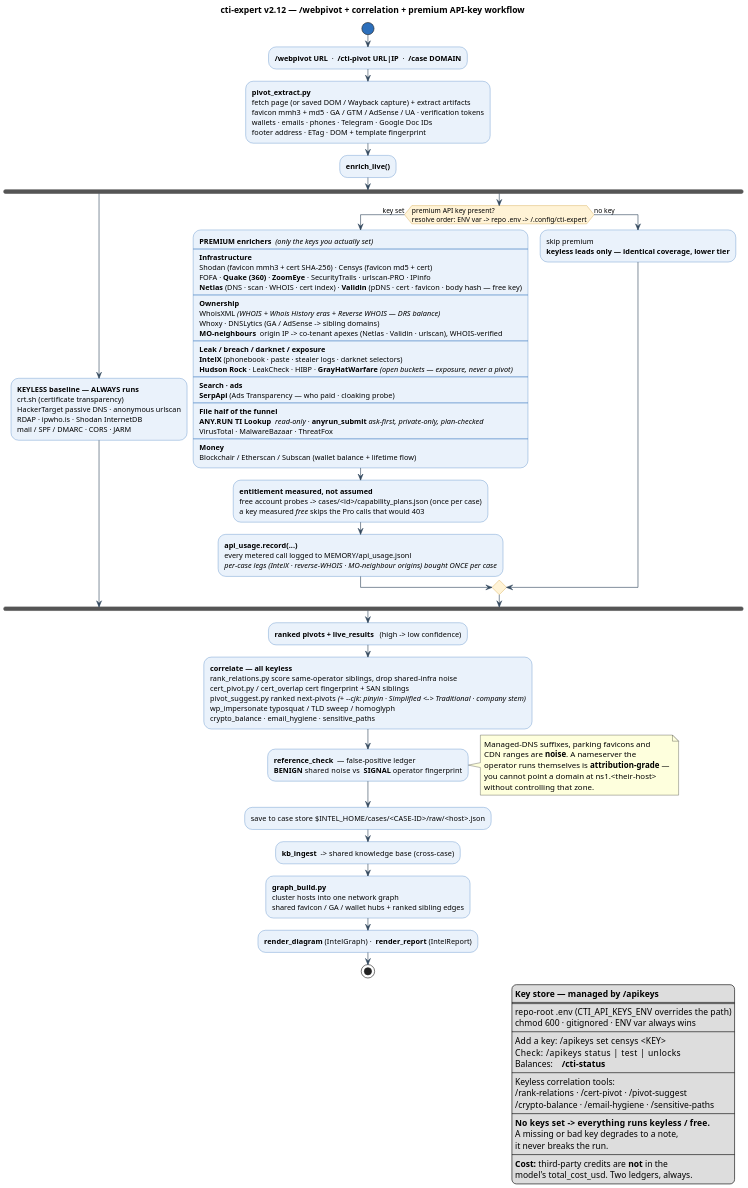
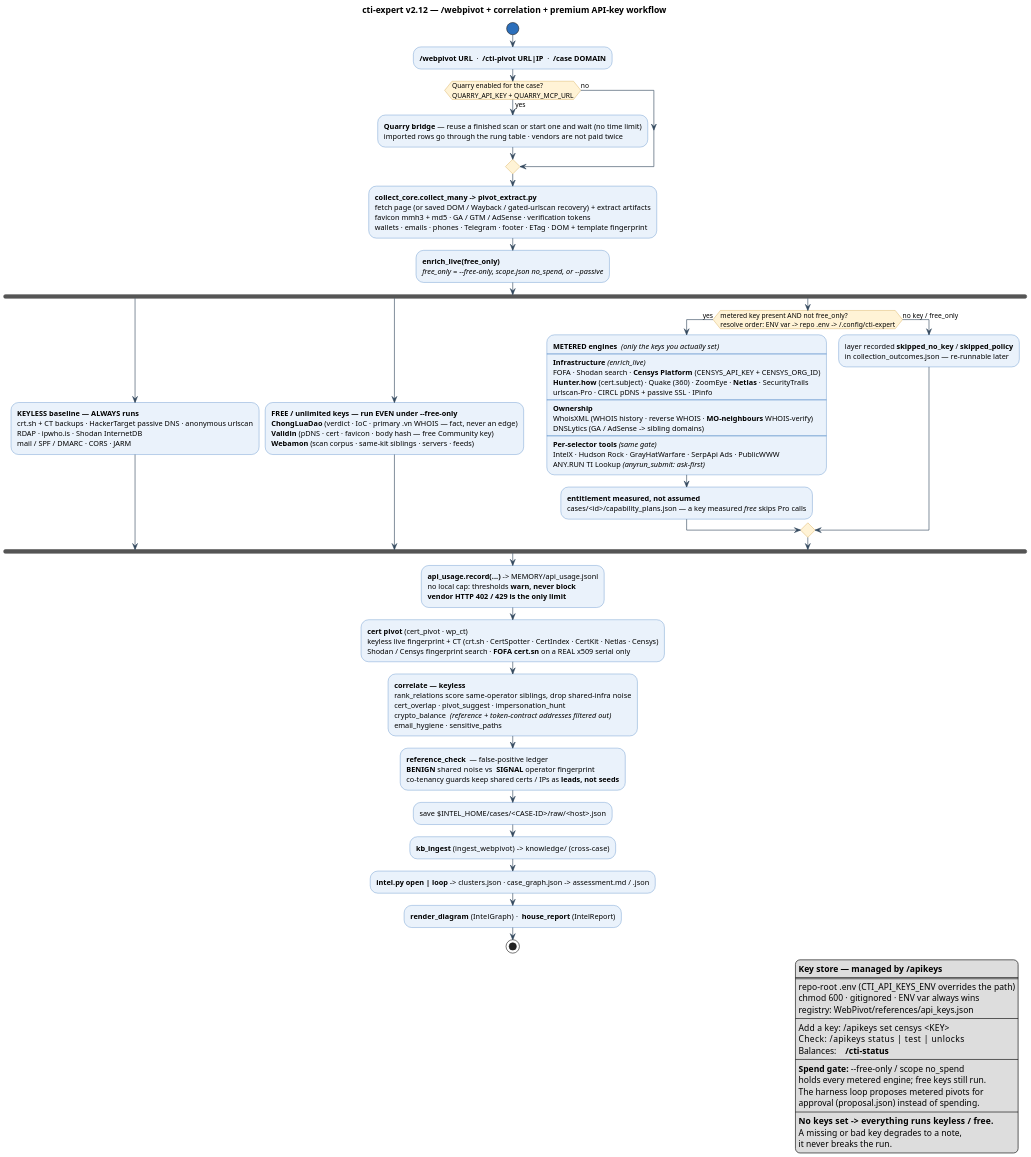
One commit to 7onez/cti-expert changed the diagram in workflow-apikeys.puml. Above: the diagram before and after it, drawn with PlantUML. The commit also changed 9 other files, not shown here.

```diff
--- a/workflow-apikeys.puml
+++ b/workflow-apikeys.puml
@@ -1,102 +1,89 @@
 @startuml
 title cti-expert v2.12 — /webpivot + correlation + premium API-key workflow
 skinparam shadowing false
 skinparam dpi 150
 skinparam defaultFontName "Segoe UI"
 skinparam ArrowColor #34495E
 skinparam activity {
   BackgroundColor #EAF2FB
   BorderColor #2C6FBB
   DiamondBackgroundColor #FFF3D6
   DiamondBorderColor #C8901F
   StartColor #2C6FBB
   EndColor #2C6FBB
 }
 
 start
 :**/webpivot URL**  ·  **/cti-pivot URL|IP**  ·  **/case DOMAIN**;
-:**pivot_extract.py**\nfetch page (or saved DOM / Wayback capture) + extract artifacts\nfavicon mmh3 + md5 · GA / GTM / AdSense / UA · verification tokens\nwallets · emails · phones · Telegram · Google Doc IDs\nfooter address · ETag · DOM + template fingerprint;
-:**enrich_live()**;
+if (Quarry enabled for the case?\nQUARRY_API_KEY + QUARRY_MCP_URL) then (yes)
+  :**Quarry bridge** — reuse a finished scan or start one and wait (no time limit)\nimported rows go through the rung table · vendors are not paid twice;
+else (no)
+endif
+:**collect_core.collect_many -> pivot_extract.py**\nfetch page (or saved DOM / Wayback / gated-urlscan recovery) + extract artifacts\nfavicon mmh3 + md5 · GA / GTM / AdSense · verification tokens\nwallets · emails · phones · Telegram · footer · ETag · DOM + template fingerprint;
+:**enrich_live(free_only)**\n//free_only = ~--free-only, scope.json no_spend, or ~--passive//;
 
 fork
-  :**KEYLESS baseline — ALWAYS runs**\ncrt.sh (certificate transparency)\nHackerTarget passive DNS · anonymous urlscan\nRDAP · ipwho.is · Shodan InternetDB\nmail / SPF / DMARC · CORS · JARM;
+  :**KEYLESS baseline — ALWAYS runs**\ncrt.sh + CT backups · HackerTarget passive DNS · anonymous urlscan\nRDAP · ipwho.is · Shodan InternetDB\nmail / SPF / DMARC · CORS · JARM;
 fork again
-  if (premium API key present?\nresolve order: ENV var -> repo .env -> ~/.config/cti-expert) then (key set)
-    :**PREMIUM enrichers**  //(only the keys you actually set)//
+  :**FREE / unlimited keys — run EVEN under ~--free-only**\n**ChongLuaDao** (verdict · IoC · primary .vn WHOIS — fact, never an edge)\n**Validin** (pDNS · cert · favicon · body hash — free Community key)\n**Webamon** (scan corpus · same-kit siblings · servers · feeds);
+fork again
+  if (metered key present AND not free_only?\nresolve order: ENV var -> repo .env -> ~/.config/cti-expert) then (yes)
+    :**METERED engines**  //(only the keys you actually set)//
     ----
-    **Infrastructure**
-    Shodan (favicon mmh3 + cert SHA-256) · Censys (favicon md5 + cert)
-    FOFA · **Quake (360)** · **ZoomEye** · SecurityTrails · urlscan-PRO · IPinfo
-    **Netlas** (DNS · scan · WHOIS · cert index) · **Validin** (pDNS · cert · favicon · body hash — free key)
+    **Infrastructure** //(enrich_live)//
+    FOFA · Shodan search · **Censys Platform** (CENSYS_API_KEY + CENSYS_ORG_ID)
+    **Hunter.how** (cert.subject) · Quake (360) · ZoomEye · **Netlas** · SecurityTrails
+    urlscan-Pro · CIRCL pDNS + passive SSL · IPinfo
     ----
     **Ownership**
-    WhoisXML //(WHOIS + Whois History eras + Reverse WHOIS — DRS balance)//
-    Whoxy · DNSLytics (GA / AdSense -> sibling domains)
-    **MO-neighbours**  origin IP -> co-tenant apexes (Netlas · Validin · urlscan), WHOIS-verified
+    WhoisXML (WHOIS history · reverse WHOIS · **MO-neighbours** WHOIS-verify)
+    DNSLytics (GA / AdSense -> sibling domains)
     ----
-    **Leak / breach / darknet / exposure**
-    **IntelX** (phonebook · paste · stealer logs · darknet selectors)
-    **Hudson Rock** · LeakCheck · HIBP · **GrayHatWarfare** //(open buckets — exposure, never a pivot)//
-    ----
-    **Search · ads**
-    **SerpApi** (Ads Transparency — who paid · cloaking probe)
-    ----
-    **File half of the funnel**
-    **ANY.RUN TI Lookup**  //read-only// · **anyrun_submit** //ask-first, private-only, plan-checked//
-    VirusTotal · MalwareBazaar · ThreatFox
-    ----
-    **Money**
-    Blockchair / Etherscan / Subscan (wallet balance + lifetime flow);
-    :**entitlement measured, not assumed**\nfree account probes -> cases/<id>/capability_plans.json (once per case)\na key measured //free// skips the Pro calls that would 403;
-    :**api_usage.record(...)**\nevery metered call logged to MEMORY/api_usage.jsonl\n//per-case legs (IntelX · reverse-WHOIS · MO-neighbour origins) bought ONCE per case//;
-  else (no key)
-    :skip premium\n**keyless leads only — identical coverage, lower tier**;
+    **Per-selector tools** //(same gate)//
+    IntelX · Hudson Rock · GrayHatWarfare · SerpApi Ads · PublicWWW
+    ANY.RUN TI Lookup //(anyrun_submit: ask-first)//;
+    :**entitlement measured, not assumed**\ncases/<id>/capability_plans.json — a key measured //free// skips Pro calls;
+  else (no key / free_only)
+    :layer recorded **skipped_no_key** / **skipped_policy**\nin collection_outcomes.json — re-runnable later;
   endif
 end fork
 
-:**ranked pivots + live_results**   (high -> low confidence);
+:**api_usage.record(...)** -> MEMORY/api_usage.jsonl\nno local cap: thresholds **warn, never block**\n**vendor HTTP 402 / 429 is the only limit**;
 
-:**correlate — all keyless**
-rank_relations.py  score same-operator siblings, drop shared-infra noise
-cert_pivot.py / cert_overlap  cert fingerprint + SAN siblings
-pivot_suggest.py  ranked next-pivots //(+ ~--cjk: pinyin · Simplified <-> Traditional · company stem)//
-wp_impersonate  typosquat / TLD sweep / homoglyph
-crypto_balance · email_hygiene · sensitive_paths;
+:**cert pivot** (cert_pivot · wp_ct)\nkeyless live fingerprint + CT (crt.sh · CertSpotter · CertIndex · CertKit · Netlas · Censys)\nShodan / Censys fingerprint search · **FOFA cert.sn** on a REAL x509 serial only;
 
-:**reference_check**  — false-positive ledger\n**BENIGN** shared noise  vs  **SIGNAL** operator fingerprint;
-note right
-  Managed-DNS suffixes, parking favicons and
-  CDN ranges are **noise**. A nameserver the
-  operator runs themselves is **attribution-grade** —
-  you cannot point a domain at ns1.<their-host>
-  without controlling that zone.
-end note
+:**correlate — keyless**
+rank_relations  score same-operator siblings, drop shared-infra noise
+cert_overlap · pivot_suggest · impersonation_hunt
+crypto_balance  //(reference + token-contract addresses filtered out)//
+email_hygiene · sensitive_paths;
 
-:save to case store   $INTEL_HOME/cases/<CASE-ID>/raw/<host>.json;
-:**kb_ingest**  ->  shared knowledge base (cross-case);
-:**graph_build.py**\ncluster hosts into one network graph\nshared favicon / GA / wallet hubs + ranked sibling edges;
-:**render_diagram** (IntelGraph)  ·  **render_report** (IntelReport);
+:**reference_check**  — false-positive ledger\n**BENIGN** shared noise  vs  **SIGNAL** operator fingerprint\nco-tenancy guards keep shared certs / IPs as **leads, not seeds**;
+
+:save  $INTEL_HOME/cases/<CASE-ID>/raw/<host>.json;
+:**kb_ingest** (ingest_webpivot)  ->  knowledge/ (cross-case);
+:**intel.py open | loop** -> clusters.json · case_graph.json -> assessment.md / .json;
+:**render_diagram** (IntelGraph)  ·  **house_report** (IntelReport);
 stop
 
 legend right
   **Key store — managed by /apikeys**
   ====
   repo-root .env  (CTI_API_KEYS_ENV overrides the path)
   chmod 600 · gitignored · ENV var always wins
+  registry: WebPivot/references/api_keys.json
   ----
   Add a key:   /apikeys set censys <KEY>
   Check:       /apikeys status | test | unlocks
   Balances:    **/cti-status**
   ----
-  Keyless correlation tools:
-  /rank-relations · /cert-pivot · /pivot-suggest
-  /crypto-balance · /email-hygiene · /sensitive-paths
+  **Spend gate:** ~--free-only / scope no_spend
+  holds every metered engine; free keys still run.
+  The harness loop proposes metered pivots for
+  approval (proposal.json) instead of spending.
   ----
   **No keys set  ->  everything runs keyless / free.**
   A missing or bad key degrades to a note,
   it never breaks the run.
-  ----
-  **Cost:** third-party credits are **not** in the
-  model's total_cost_usd. Two ledgers, always.
 endlegend
 @enduml
```
